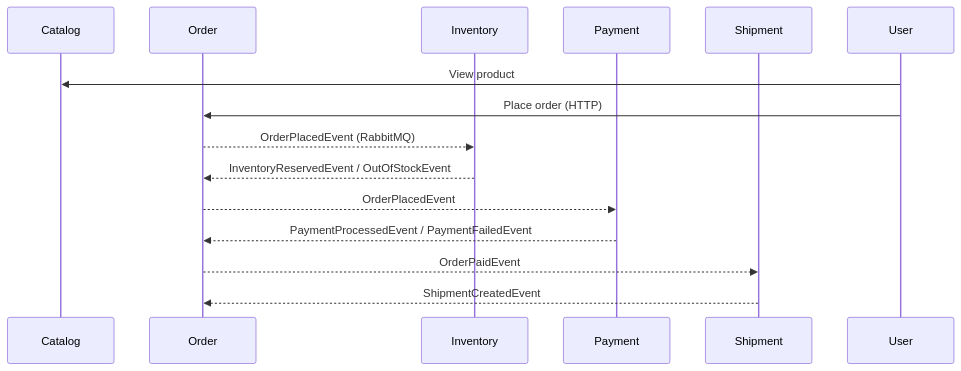
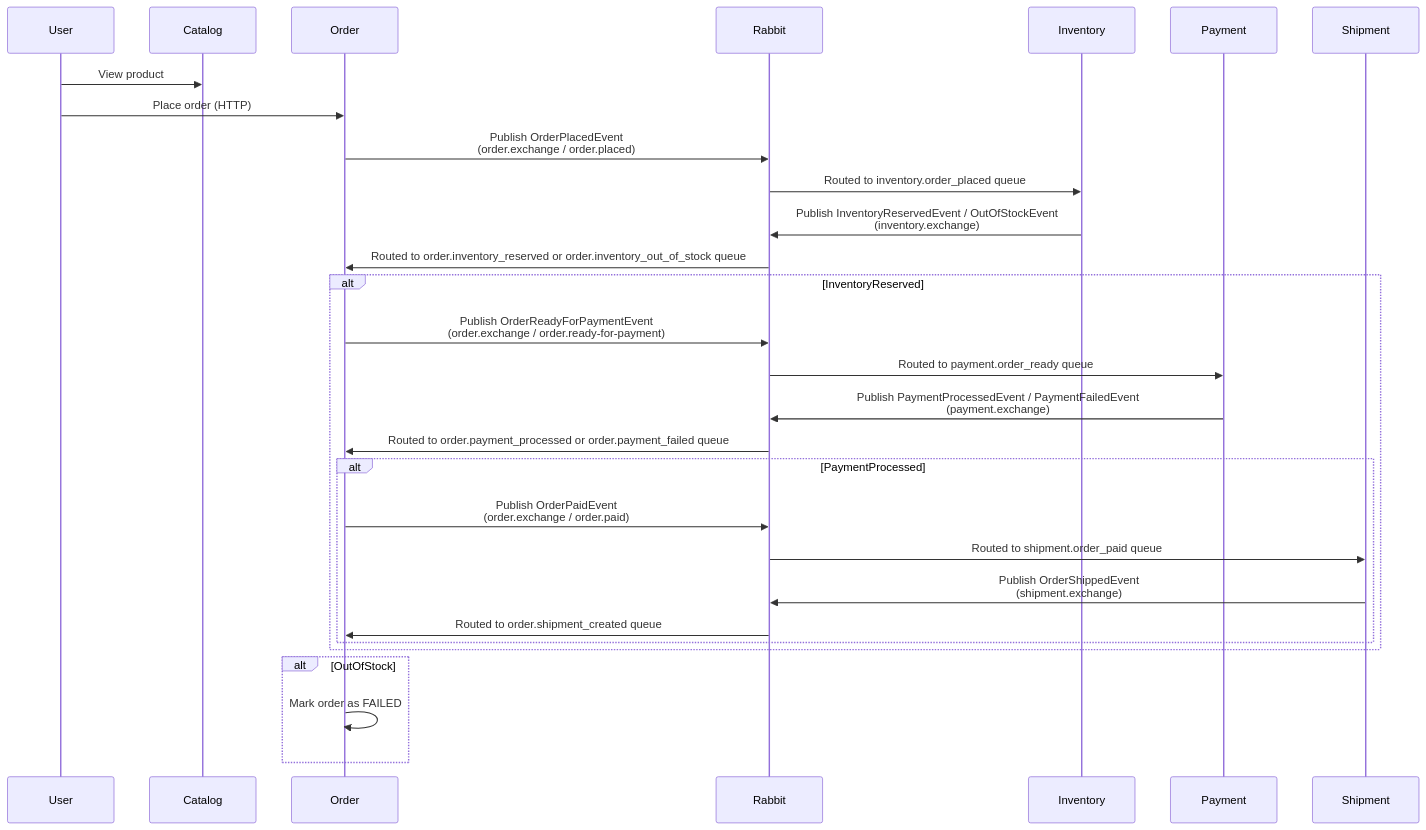
The diagram in README.md (datmt/spring-microservices-rabbit-otel), drawn with Mermaid before and after one commit.

Commit message:
update flow

````diff
--- a/README.md
+++ b/README.md
@@ -27,17 +27,40 @@
 ```mermaid
 sequenceDiagram
+    participant User
     participant Catalog
     participant Order
+    participant Rabbit
     participant Inventory
     participant Payment
     participant Shipment
 
     User->>Catalog: View product
     User->>Order: Place order (HTTP)
-    Order-->>Inventory: OrderPlacedEvent (RabbitMQ)
-    Inventory-->>Order: InventoryReservedEvent / OutOfStockEvent
-    Order-->>Payment: OrderPlacedEvent
-    Payment-->>Order: PaymentProcessedEvent / PaymentFailedEvent
-    Order-->>Shipment: OrderPaidEvent
-    Shipment-->>Order: ShipmentCreatedEvent
+
+    Order->>Rabbit: Publish OrderPlacedEvent<br>(order.exchange / order.placed)
+    Rabbit->>Inventory: Routed to inventory.order_placed queue
+
+    Inventory->>Rabbit: Publish InventoryReservedEvent / OutOfStockEvent<br>(inventory.exchange)
+    Rabbit->>Order: Routed to order.inventory_reserved or order.inventory_out_of_stock queue
+
+    alt InventoryReserved
+        Order->>Rabbit: Publish OrderReadyForPaymentEvent<br>(order.exchange / order.ready-for-payment)
+        Rabbit->>Payment: Routed to payment.order_ready queue
+
+        Payment->>Rabbit: Publish PaymentProcessedEvent / PaymentFailedEvent<br>(payment.exchange)
+        Rabbit->>Order: Routed to order.payment_processed or order.payment_failed queue
+
+        alt PaymentProcessed
+            Order->>Rabbit: Publish OrderPaidEvent<br>(order.exchange / order.paid)
+            Rabbit->>Shipment: Routed to shipment.order_paid queue
+
+            Shipment->>Rabbit: Publish OrderShippedEvent<br>(shipment.exchange)
+            Rabbit->>Order: Routed to order.shipment_created queue
+        end
+    end
+
+    alt OutOfStock
+        Order->>Order: Mark order as FAILED
+    end
+
 ```
````
